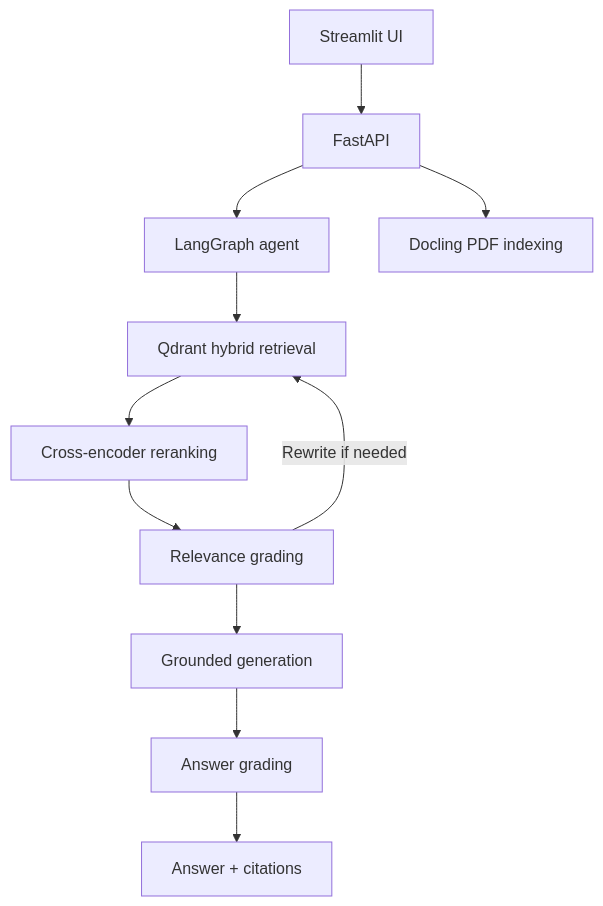
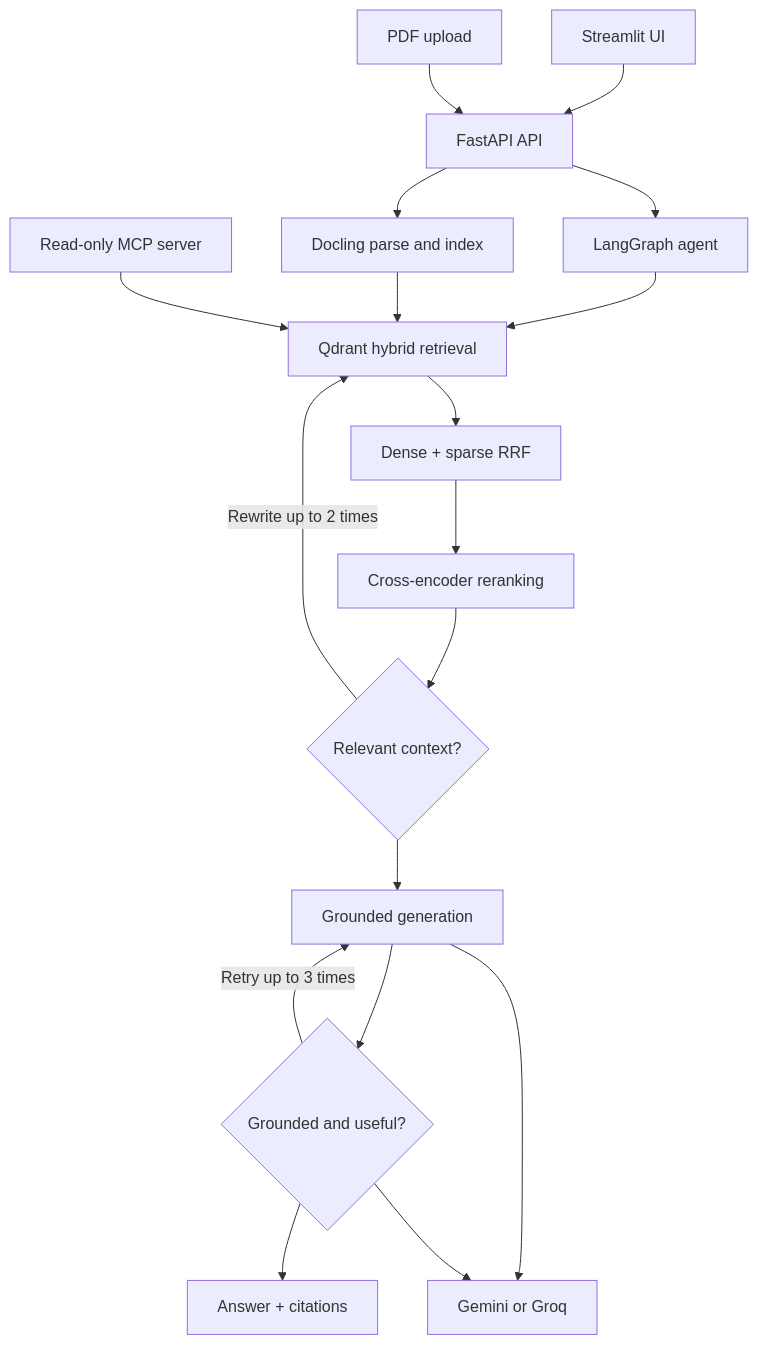
One commit to AdhamDesouky/autonomous-context-engine changed the diagram in README.md. Above: the diagram before and after it, drawn with Mermaid. The commit also changed other lines of this file, not shown here.

Commit message:
Reorganize README with architecture graph first and retain important documentation

````diff
--- a/README.md
+++ b/README.md
@@ -26,13 +13,20 @@
 ```mermaid
 flowchart TD
-    UI[Streamlit UI] --> API[FastAPI]
+    UI[Streamlit UI] --> API[FastAPI API]
+    UPLOAD[PDF upload] --> API
     API --> GRAPH[LangGraph agent]
     GRAPH --> RETRIEVE[Qdrant hybrid retrieval]
-    RETRIEVE --> RERANK[Cross-encoder reranking]
-    RERANK --> GRADE[Relevance grading]
-    GRADE -->|Rewrite if needed| RETRIEVE
+    RETRIEVE --> RRF[Dense + sparse RRF]
+    RRF --> RERANK[Cross-encoder reranking]
+    RERANK --> GRADE{Relevant context?}
+    GRADE -->|Rewrite up to 2 times| RETRIEVE
     GRADE --> GENERATE[Grounded generation]
-    GENERATE --> CHECK[Answer grading]
+    GENERATE --> CHECK{Grounded and useful?}
+    CHECK -->|Retry up to 3 times| GENERATE
     CHECK --> RESPONSE[Answer + citations]
-    API --> INGEST[Docling PDF indexing]
+    API --> INGEST[Docling parse and index]
+    INGEST --> RETRIEVE
+    MCP[Read-only MCP server] --> RETRIEVE
+    GENERATE --> LLM[Gemini or Groq]
+    CHECK --> LLM
 ```
````
